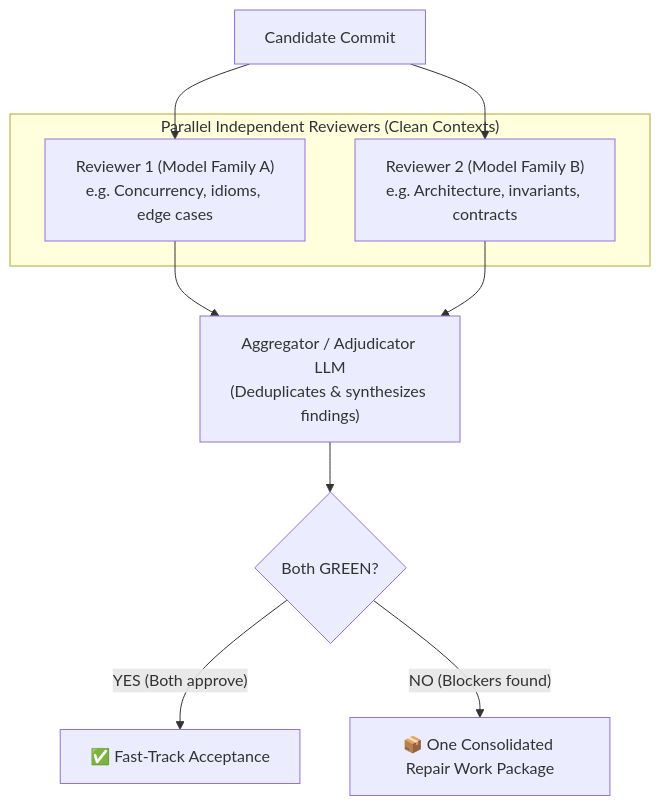
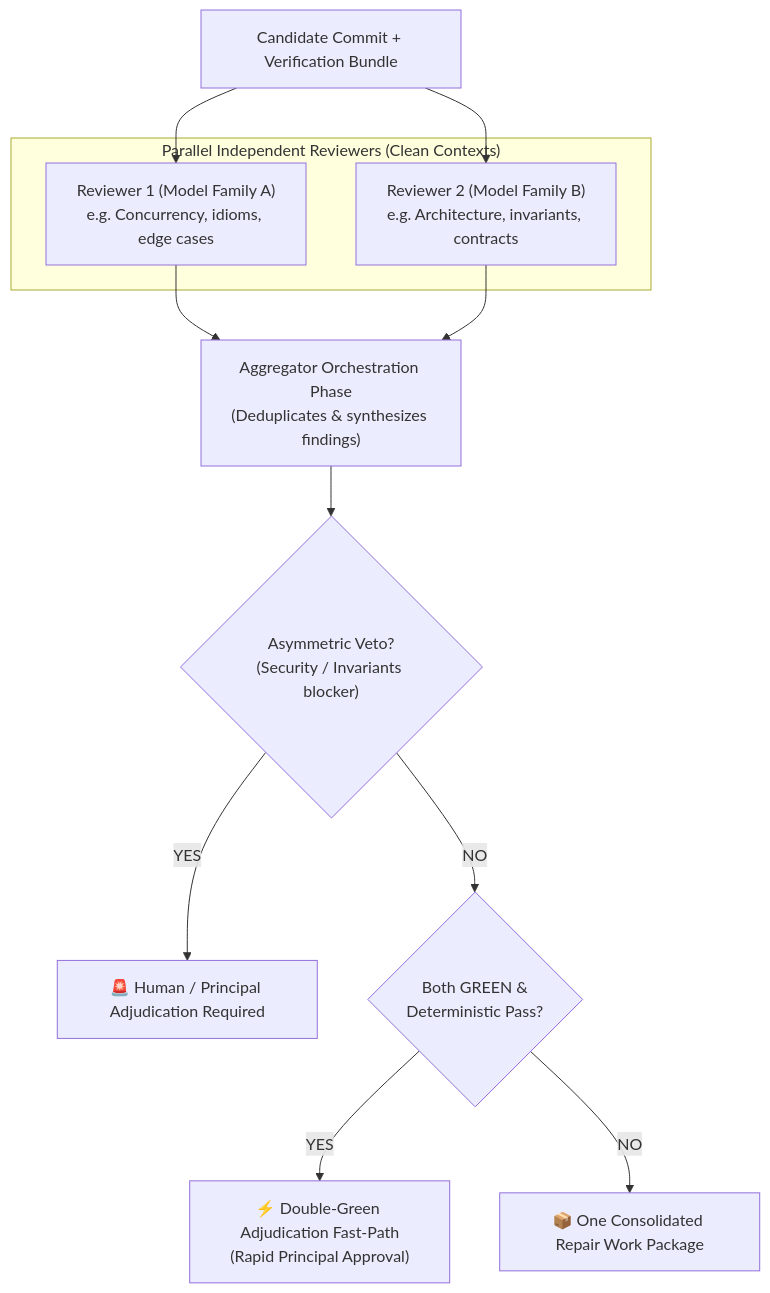
The diagram in docs/adr/0019-non-conversational-cognition-and-adaptive-review.md (olostan/DevCadence), drawn with Mermaid before and after one commit. The commit also changed other lines of this file and 6 other files, not shown here.

````diff
--- a/docs/adr/0019-non-conversational-cognition-and-adaptive-review.md
+++ b/docs/adr/0019-non-conversational-cognition-and-adaptive-review.md
@@ -129,19 +159,22 @@
 ```mermaid
 flowchart TD
-    Candidate["Candidate Commit"]
+    Candidate["Candidate Commit + Verification Bundle"]
     
     subgraph DualReview ["Parallel Independent Reviewers (Clean Contexts)"]
         R1["Reviewer 1 (Model Family A)<br/>e.g. Concurrency, idioms, edge cases"]
         R2["Reviewer 2 (Model Family B)<br/>e.g. Architecture, invariants, contracts"]
     end
     
     Candidate --> R1
     Candidate --> R2
     
-    R1 --> Aggregator["Aggregator / Adjudicator LLM<br/>(Deduplicates & synthesizes findings)"]
+    R1 --> Aggregator["Aggregator Orchestration Phase<br/>(Deduplicates & synthesizes findings)"]
     R2 --> Aggregator
     
-    Aggregator --> Gate{"Both GREEN?"}
-    Gate -->|"YES (Both approve)"| Pass["✅ Fast-Track Acceptance"]
-    Gate -->|"NO (Blockers found)"| Repair["📦 One Consolidated Repair Work Package"]
+    Aggregator --> Veto{"Asymmetric Veto?<br/>(Security / Invariants blocker)"}
+    Veto -->|"YES"| HumanEsc["🚨 Human / Principal Adjudication Required"]
+    Veto -->|"NO"| Gate{"Both GREEN &<br/>Deterministic Pass?"}
+    
+    Gate -->|"YES"| FastPath["⚡ Double-Green Adjudication Fast-Path<br/>(Rapid Principal Approval)"]
+    Gate -->|"NO"| Repair["📦 One Consolidated Repair Work Package"]
 ```
````
